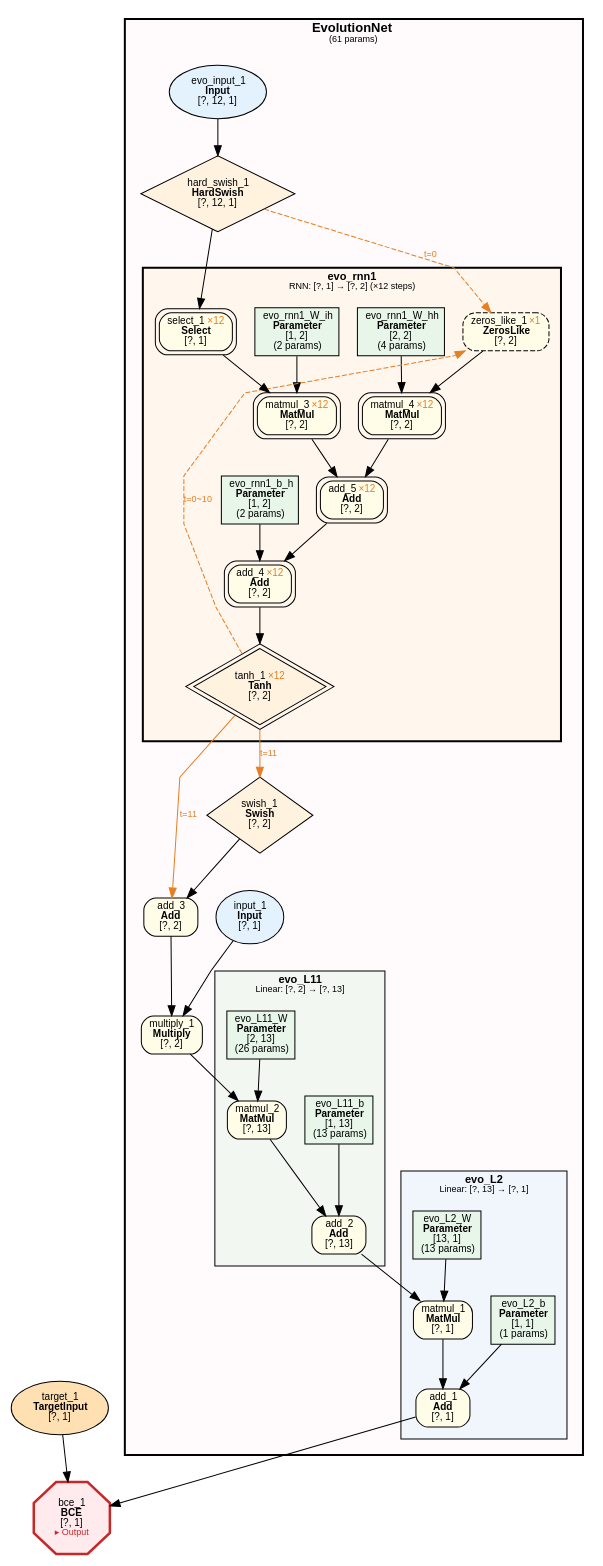
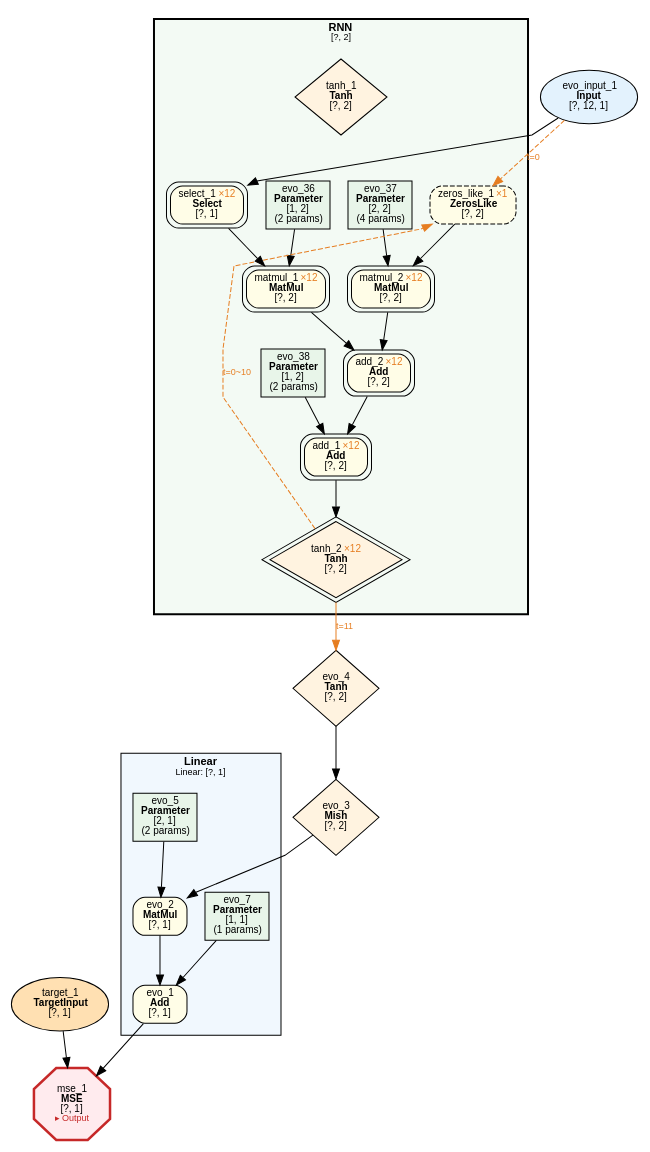
Before and after one commit to dbsxdbsx/only_torch: the diagram in examples/evolution/parity_seq_var_len/evolution_parity_seq_var_len.dot, drawn with Graphviz. The commit also changed 14 other files, not shown here.

```diff
--- a/examples/evolution/parity_seq_var_len/evolution_parity_seq_var_len.dot
+++ b/examples/evolution/parity_seq_var_len/evolution_parity_seq_var_len.dot
@@ -1,102 +1,69 @@
 digraph ComputeGraph {
     rankdir=TB;
     newrank=true;
     splines=polyline;
     node [fontname="Microsoft YaHei,SimHei,Arial"];
     edge [fontname="Microsoft YaHei,SimHei,Arial"];
 
-    subgraph cluster_model_EvolutionNet {
-        label=<<B>EvolutionNet</B><BR/><FONT POINT-SIZE="9">(61 params)</FONT>>;
-        style="filled,bold";
-        fillcolor="#FFEBEE40";
+    subgraph cluster_group_linear_1 {
+        label=<<B>Linear</B><BR/><FONT POINT-SIZE="9">Linear: [?, 1]</FONT>>;
+        style=filled;
+        fillcolor="#E3F2FD80";
         fontname="Microsoft YaHei,SimHei,Arial";
-        fontsize=13;
-        margin=16;
-
-        subgraph cluster_EvolutionNet_evo_L2 {
-            label=<<B>evo_L2</B><BR/><FONT POINT-SIZE="9">Linear: [?, 13] → [?, 1]</FONT>>;
-            style=filled;
-            fillcolor="#E3F2FD80";
-            fontname="Microsoft YaHei,SimHei,Arial";
-            fontsize=11;
-            margin=12;
-                "2" [label=<add_1<BR/><B>Add</B><BR/>[?, 1]> shape=box style="filled,rounded" fillcolor="#FFFDE7" fontsize=10];
-                "4" [label=<matmul_1<BR/><B>MatMul</B><BR/>[?, 1]> shape=box style="filled,rounded" fillcolor="#FFFDE7" fontsize=10];
-                "5" [label=<evo_L2_b<BR/><B>Parameter</B><BR/>[1, 1]<BR/>(1 params)> shape=box style=filled fillcolor="#E8F5E9" fontsize=10];
-                "7" [label=<evo_L2_W<BR/><B>Parameter</B><BR/>[13, 1]<BR/>(13 params)> shape=box style=filled fillcolor="#E8F5E9" fontsize=10];
-        }
-
-        subgraph cluster_EvolutionNet_evo_L11 {
-            label=<<B>evo_L11</B><BR/><FONT POINT-SIZE="9">Linear: [?, 2] → [?, 13]</FONT>>;
-            style=filled;
-            fillcolor="#E8F5E980";
-            fontname="Microsoft YaHei,SimHei,Arial";
-            fontsize=11;
-            margin=12;
-                "6" [label=<add_2<BR/><B>Add</B><BR/>[?, 13]> shape=box style="filled,rounded" fillcolor="#FFFDE7" fontsize=10];
-                "8" [label=<matmul_2<BR/><B>MatMul</B><BR/>[?, 13]> shape=box style="filled,rounded" fillcolor="#FFFDE7" fontsize=10];
-                "9" [label=<evo_L11_b<BR/><B>Parameter</B><BR/>[1, 13]<BR/>(13 params)> shape=box style=filled fillcolor="#E8F5E9" fontsize=10];
-                "11" [label=<evo_L11_W<BR/><B>Parameter</B><BR/>[2, 13]<BR/>(26 params)> shape=box style=filled fillcolor="#E8F5E9" fontsize=10];
-        }
-
-        subgraph cluster_EvolutionNet_evo_rnn1 {
-            label=<<B>evo_rnn1</B><BR/><FONT POINT-SIZE="9">RNN: [?, 1] → [?, 2] (×12 steps)</FONT>>;
-            style="filled,bold";
-            peripheries=3;
-            penwidth=2;
-            fillcolor="#FFF3E080";
-            fontname="Microsoft YaHei,SimHei,Arial";
-            fontsize=11;
-            margin=12;
-                "15" [label=<evo_rnn1_b_h<BR/><B>Parameter</B><BR/>[1, 2]<BR/>(2 params)> shape=box style=filled fillcolor="#E8F5E9" fontsize=10];
-                "16" [label=<evo_rnn1_W_ih<BR/><B>Parameter</B><BR/>[1, 2]<BR/>(2 params)> shape=box style=filled fillcolor="#E8F5E9" fontsize=10];
-                "17" [label=<evo_rnn1_W_hh<BR/><B>Parameter</B><BR/>[2, 2]<BR/>(4 params)> shape=box style=filled fillcolor="#E8F5E9" fontsize=10];
-                "20" [label=<tanh_1 <FONT COLOR="#E67E22">×12</FONT><BR/><B>Tanh</B><BR/>[?, 2]> shape=diamond style=filled fillcolor="#FFF3E0" fontsize=10 peripheries=2];
-                "21" [label=<add_4 <FONT COLOR="#E67E22">×12</FONT><BR/><B>Add</B><BR/>[?, 2]> shape=box style="filled,rounded" fillcolor="#FFFDE7" fontsize=10 peripheries=2];
-                "22" [label=<add_5 <FONT COLOR="#E67E22">×12</FONT><BR/><B>Add</B><BR/>[?, 2]> shape=box style="filled,rounded" fillcolor="#FFFDE7" fontsize=10 peripheries=2];
-                "23" [label=<matmul_3 <FONT COLOR="#E67E22">×12</FONT><BR/><B>MatMul</B><BR/>[?, 2]> shape=box style="filled,rounded" fillcolor="#FFFDE7" fontsize=10 peripheries=2];
-                "24" [label=<matmul_4 <FONT COLOR="#E67E22">×12</FONT><BR/><B>MatMul</B><BR/>[?, 2]> shape=box style="filled,rounded" fillcolor="#FFFDE7" fontsize=10 peripheries=2];
-                "25" [label=<select_1 <FONT COLOR="#E67E22">×12</FONT><BR/><B>Select</B><BR/>[?, 1]> shape=box style="filled,rounded" fillcolor="#FFFDE7" fontsize=10 peripheries=2];
-                "26" [label=<zeros_like_1 <FONT COLOR="#E67E22">×1</FONT><BR/><B>ZerosLike</B><BR/>[?, 2]> shape=box style="filled,rounded,dashed" fillcolor="#FFFDE7" fontsize=10];
-        }
-
-        "10" [label=<multiply_1<BR/><B>Multiply</B><BR/>[?, 2]> shape=box style="filled,rounded" fillcolor="#FFFDE7" fontsize=10];
-        "12" [label=<add_3<BR/><B>Add</B><BR/>[?, 2]> shape=box style="filled,rounded" fillcolor="#FFFDE7" fontsize=10];
-        "13" [label=<input_1<BR/><B>Input</B><BR/>[?, 1]> shape=ellipse style=filled fillcolor="#E3F2FD" fontsize=10];
-        "14" [label=<swish_1<BR/><B>Swish</B><BR/>[?, 2]> shape=diamond style=filled fillcolor="#FFF3E0" fontsize=10];
-        "18" [label=<hard_swish_1<BR/><B>HardSwish</B><BR/>[?, 12, 1]> shape=diamond style=filled fillcolor="#FFF3E0" fontsize=10];
-        "19" [label=<evo_input_1<BR/><B>Input</B><BR/>[?, 12, 1]> shape=ellipse style=filled fillcolor="#E3F2FD" fontsize=10];
+        fontsize=11;
+        margin=12;
+            "2" [label=<evo_1<BR/><B>Add</B><BR/>[?, 1]> shape=box style="filled,rounded" fillcolor="#FFFDE7" fontsize=10];
+            "4" [label=<evo_2<BR/><B>MatMul</B><BR/>[?, 1]> shape=box style="filled,rounded" fillcolor="#FFFDE7" fontsize=10];
+            "5" [label=<evo_7<BR/><B>Parameter</B><BR/>[1, 1]<BR/>(1 params)> shape=box style=filled fillcolor="#E8F5E9" fontsize=10];
+            "7" [label=<evo_5<BR/><B>Parameter</B><BR/>[2, 1]<BR/>(2 params)> shape=box style=filled fillcolor="#E8F5E9" fontsize=10];
     }
 
-    "1" [label=<bce_1<BR/><B>BCE</B><BR/>[?, 1]<BR/><FONT COLOR="#C62828" POINT-SIZE="9">▸ Output</FONT>> shape=octagon style=filled fillcolor="#FFEBEE" fontsize=10 penwidth=2.5 color="#C62828"];
+    subgraph cluster_group_rnn_0 {
+        label=<<B>RNN</B><BR/><FONT POINT-SIZE="9">[?, 2]</FONT>>;
+        style="filled,bold";
+        peripheries=3;
+        penwidth=2;
+        fillcolor="#E8F5E980";
+        fontname="Microsoft YaHei,SimHei,Arial";
+        fontsize=11;
+        margin=12;
+            "9" [label=<tanh_1<BR/><B>Tanh</B><BR/>[?, 2]> shape=diamond style=filled fillcolor="#FFF3E0" fontsize=10];
+            "10" [label=<evo_38<BR/><B>Parameter</B><BR/>[1, 2]<BR/>(2 params)> shape=box style=filled fillcolor="#E8F5E9" fontsize=10];
+            "11" [label=<evo_36<BR/><B>Parameter</B><BR/>[1, 2]<BR/>(2 params)> shape=box style=filled fillcolor="#E8F5E9" fontsize=10];
+            "12" [label=<evo_37<BR/><B>Parameter</B><BR/>[2, 2]<BR/>(4 params)> shape=box style=filled fillcolor="#E8F5E9" fontsize=10];
+            "14" [label=<tanh_2 <FONT COLOR="#E67E22">×12</FONT><BR/><B>Tanh</B><BR/>[?, 2]> shape=diamond style=filled fillcolor="#FFF3E0" fontsize=10 peripheries=2];
+            "15" [label=<add_1 <FONT COLOR="#E67E22">×12</FONT><BR/><B>Add</B><BR/>[?, 2]> shape=box style="filled,rounded" fillcolor="#FFFDE7" fontsize=10 peripheries=2];
+            "16" [label=<add_2 <FONT COLOR="#E67E22">×12</FONT><BR/><B>Add</B><BR/>[?, 2]> shape=box style="filled,rounded" fillcolor="#FFFDE7" fontsize=10 peripheries=2];
+            "17" [label=<matmul_1 <FONT COLOR="#E67E22">×12</FONT><BR/><B>MatMul</B><BR/>[?, 2]> shape=box style="filled,rounded" fillcolor="#FFFDE7" fontsize=10 peripheries=2];
+            "18" [label=<matmul_2 <FONT COLOR="#E67E22">×12</FONT><BR/><B>MatMul</B><BR/>[?, 2]> shape=box style="filled,rounded" fillcolor="#FFFDE7" fontsize=10 peripheries=2];
+            "19" [label=<select_1 <FONT COLOR="#E67E22">×12</FONT><BR/><B>Select</B><BR/>[?, 1]> shape=box style="filled,rounded" fillcolor="#FFFDE7" fontsize=10 peripheries=2];
+            "20" [label=<zeros_like_1 <FONT COLOR="#E67E22">×1</FONT><BR/><B>ZerosLike</B><BR/>[?, 2]> shape=box style="filled,rounded,dashed" fillcolor="#FFFDE7" fontsize=10];
+    }
+
+    "1" [label=<mse_1<BR/><B>MSE</B><BR/>[?, 1]<BR/><FONT COLOR="#C62828" POINT-SIZE="9">▸ Output</FONT>> shape=octagon style=filled fillcolor="#FFEBEE" fontsize=10 penwidth=2.5 color="#C62828"];
     "3" [label=<target_1<BR/><B>TargetInput</B><BR/>[?, 1]> shape=ellipse style=filled fillcolor="#FFE0B2" fontsize=10];
+    "6" [label=<evo_3<BR/><B>Mish</B><BR/>[?, 2]> shape=diamond style=filled fillcolor="#FFF3E0" fontsize=10];
+    "8" [label=<evo_4<BR/><B>Tanh</B><BR/>[?, 2]> shape=diamond style=filled fillcolor="#FFF3E0" fontsize=10];
+    "13" [label=<evo_input_1<BR/><B>Input</B><BR/>[?, 12, 1]> shape=ellipse style=filled fillcolor="#E3F2FD" fontsize=10];
 
     "2" -> "1";
     "3" -> "1";
     "4" -> "2";
     "5" -> "2";
     "6" -> "4";
     "7" -> "4";
     "8" -> "6";
-    "9" -> "6";
-    "10" -> "8";
-    "11" -> "8";
-    "12" -> "10";
-    "13" -> "10";
-    "14" -> "12";
-    "20" -> "12" [ color="#E67E22" label=<t=11> fontcolor="#E67E22" fontsize=9];
-    "20" -> "14" [ color="#E67E22" label=<t=11> fontcolor="#E67E22" fontsize=9];
-    "19" -> "18";
-    "21" -> "20";
-    "22" -> "21";
-    "15" -> "21";
-    "23" -> "22";
-    "24" -> "22";
-    "25" -> "23";
-    "16" -> "23";
-    "26" -> "24";
-    "17" -> "24";
-    "18" -> "25";
-    "18" -> "26" [ style=dashed color="#E67E22" label=<t=0> fontcolor="#E67E22" fontsize=9];
-    "20" -> "26" [style=dashed color="#E67E22" label=<t=0~10> fontcolor="#E67E22" fontsize=9 constraint=false];
+    "14" -> "8" [ color="#E67E22" label=<t=11> fontcolor="#E67E22" fontsize=9];
+    "15" -> "14";
+    "16" -> "15";
+    "10" -> "15";
+    "17" -> "16";
+    "18" -> "16";
+    "19" -> "17";
+    "11" -> "17";
+    "20" -> "18";
+    "12" -> "18";
+    "13" -> "19";
+    "13" -> "20" [ style=dashed color="#E67E22" label=<t=0> fontcolor="#E67E22" fontsize=9];
+    "14" -> "20" [style=dashed color="#E67E22" label=<t=0~10> fontcolor="#E67E22" fontsize=9 constraint=false];
 }
```
